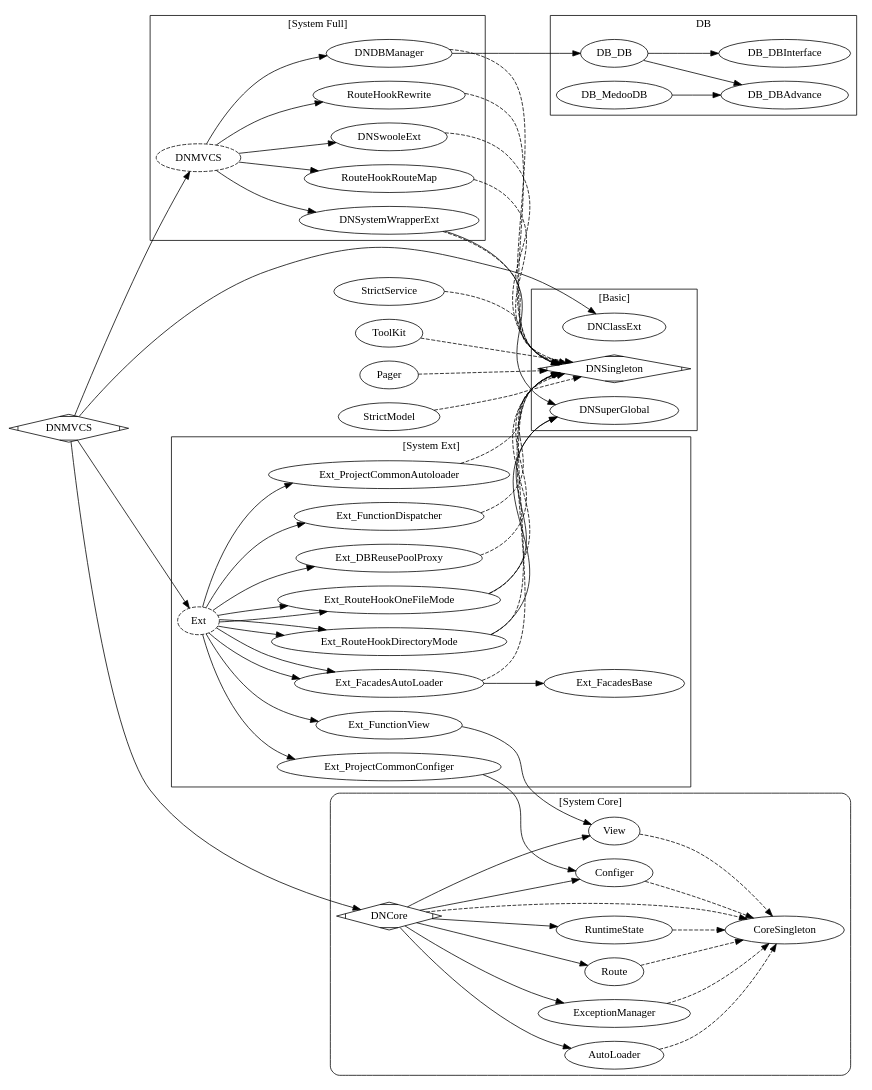
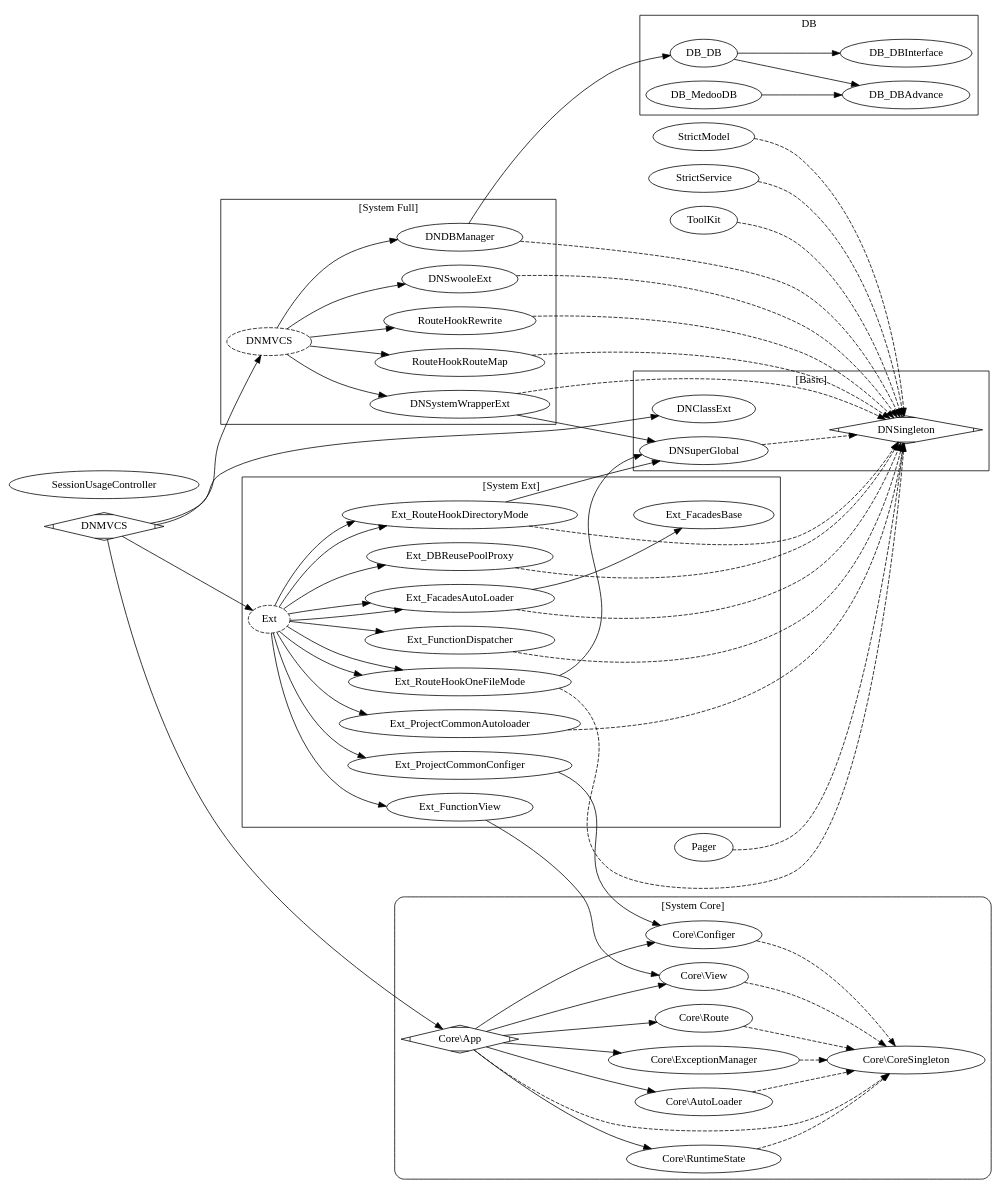
Before and after one commit to dvaknheo/duckphp: the diagram in dnmvcs.gv, drawn with Graphviz. The commit also changed 1 other file, not shown here.

Commit message:
DNSwooleExt 添加不重复的判断

```diff
--- a/dnmvcs.gv
+++ b/dnmvcs.gv
@@ -1,104 +1,113 @@
 digraph G{
 /* This is a graphviz file */
 graph [rankdir = "LR"];
 subgraph cluster_Basic {
     label = "[Basic]";
     DNSingleton [shape=Mdiamond];
     DNSuperGlobal;
     DNClassExt;
+    DNSuperGlobal -> DNSingleton[style="dashed"]; 
 }
 subgraph cluster_Core {
     style = "rounded";
     label = "[System Core]";
-    DNCore -> AutoLoader ;
-    DNCore -> ExceptionManager;
-    DNCore -> View;
-    DNCore -> Configer;
-    DNCore -> Route;
-    DNCore -> RuntimeState;
+    Core_App -> Core_AutoLoader ;
+    Core_App -> Core_ExceptionManager;
+    Core_App -> Core_View;
+    Core_App -> Core_Configer;
+    Core_App -> Core_Route;
+    Core_App -> Core_RuntimeState;
     
-    DNCore -> CoreSingleton [style="dashed"];
-    AutoLoader -> CoreSingleton [style="dashed"];
-    ExceptionManager -> CoreSingleton [style="dashed"];
-    View -> CoreSingleton [style="dashed"];
-    Configer -> CoreSingleton [style="dashed"];
-    Route -> CoreSingleton [style="dashed"];
-    RuntimeState -> CoreSingleton [style="dashed"];
-      
-    DNCore [shape=Mdiamond];
+    Core_App -> Core_CoreSingleton [style="dashed"];
+    Core_AutoLoader -> Core_CoreSingleton [style="dashed"];
+    Core_ExceptionManager -> Core_CoreSingleton [style="dashed"];
+    Core_View -> Core_CoreSingleton [style="dashed"];
+    Core_Configer -> Core_CoreSingleton [style="dashed"];
+    Core_Route -> Core_CoreSingleton [style="dashed"];
+    Core_RuntimeState -> Core_CoreSingleton [style="dashed"];
+    
+    Core_CoreSingleton [label="Core\\CoreSingleton"];
+    Core_App [label="Core\\App";shape=Mdiamond];
+    Core_AutoLoader [label="Core\\AutoLoader"];
+    Core_ExceptionManager [label="Core\\ExceptionManager"];
+    Core_View [label="Core\\View"];
+    Core_Configer [label="Core\\Configer"];
+    Core_Route [label="Core\\Route"];
+    Core_RuntimeState [label="Core\\RuntimeState"];
 }
 
 
 subgraph cluster_DB {
     label = "DB";
 
 DB_DB -> DB_DBAdvance;
 DB_DB -> DB_DBInterface;
 DB_MedooDB -> DB_DBAdvance;
 
 }
 subgraph cluster_Full {
     label = "[System Full]";
 
     Full -> DNSwooleExt;
     Full -> RouteHookRewrite;
     Full -> RouteHookRouteMap;
 
     Full -> DNSystemWrapperExt -> DNSuperGlobal;
     Full -> DNDBManager -> DB_DB;
     
     DNSwooleExt -> DNSingleton[style="dashed"]; 
     RouteHookRewrite -> DNSingleton[style="dashed"]; 
     RouteHookRouteMap -> DNSingleton [style="dashed"]; 
     DNSystemWrapperExt -> DNSingleton [style="dashed"]; 
     DNDBManager -> DNSingleton [style="dashed"]; 
     
     Full [label="DNMVCS";style="dashed"];
 
 }
 subgraph cluster_Ext {
 label = "[System Ext]";
 
 
 Ext-> Ext_DBReusePoolProxy; 
 Ext-> Ext_FunctionDispatcher;
 Ext-> Ext_ProjectCommonAutoloader;
 Ext-> Ext_FacadesAutoLoader;
 Ext-> Ext_RouteHookDirectoryMode;
 Ext-> Ext_RouteHookOneFileMode;
 
 Ext_DBReusePoolProxy ->  DNSingleton [style="dashed"];  
 Ext_FunctionDispatcher -> DNSingleton [style="dashed"]; 
 Ext_ProjectCommonAutoloader -> DNSingleton [style="dashed"]; 
 Ext_FacadesAutoLoader -> DNSingleton [style="dashed"]; 
 Ext_RouteHookDirectoryMode -> DNSingleton [style="dashed"]; 
 Ext_RouteHookOneFileMode -> DNSingleton [style="dashed"]; 
 
 
 Ext-> Ext_FacadesAutoLoader -> Ext_FacadesBase ;
 Ext-> Ext_RouteHookDirectoryMode -> DNSuperGlobal;
 Ext-> Ext_RouteHookOneFileMode -> DNSuperGlobal;
 
 
-Ext-> Ext_ProjectCommonConfiger -> Configer;
-Ext-> Ext_FunctionView  -> View;
+Ext-> Ext_ProjectCommonConfiger -> Core_Configer;
+Ext-> Ext_FunctionView  -> Core_View;
 
 Ext [label="Ext";style="dashed"];
 
 }
 
 
-DNMVCS -> DNCore;
+DNMVCS -> Core_App;
 DNMVCS -> Full;
 DNMVCS -> Ext;
 DNMVCS -> DNClassExt;
 
 DNMVCS [shape=Mdiamond];
 
 DNSingleton;
 Pager -> DNSingleton [style="dashed"]; 
 StrictModel -> DNSingleton [style="dashed"]; 
 StrictService -> DNSingleton [style="dashed"]; 
 ToolKit  -> DNSingleton [style="dashed"]; 
+SessionUsageController;
 
 }
```
